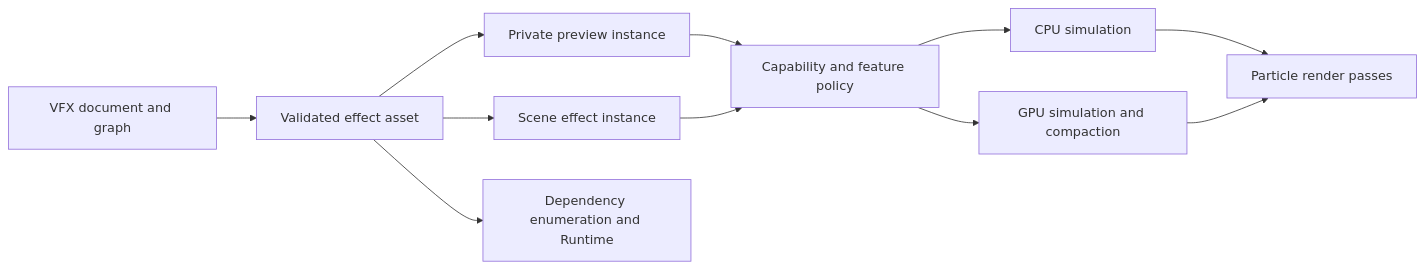
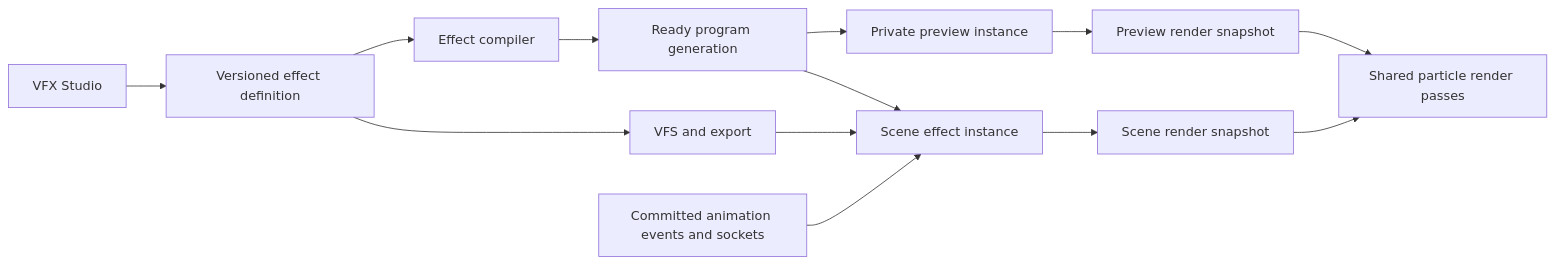
The diagram in docs/milestones/MILESTONE_18_VFX/ARCHITECTURE.md (nguyenphong0210/AxleEngine), drawn with Mermaid before and after one commit. The commit also changed other lines of this file and 1 other file, not shown here.

Commit message:
docs(m18): define production VFX architecture and acceptance

````diff
--- a/docs/milestones/MILESTONE_18_VFX/ARCHITECTURE.md
+++ b/docs/milestones/MILESTONE_18_VFX/ARCHITECTURE.md
@@ -7,13 +15,15 @@
 ```mermaid
 flowchart LR
-    Studio[VFX document and graph] --> Asset[Validated effect asset]
-    Asset --> Preview[Private preview instance]
-    Asset --> Scene[Scene effect instance]
-    Preview --> Select[Capability and feature policy]
-    Scene --> Select
-    Select --> CPU[CPU simulation]
-    Select --> GPU[GPU simulation and compaction]
-    CPU --> Draw[Particle render passes]
-    GPU --> Draw
-    Asset --> Export[Dependency enumeration and Runtime]
+    Studio[VFX Studio] --> Definition[Versioned effect definition]
+    Definition --> Compile[Effect compiler]
+    Definition --> Export[VFS and export]
+    Compile --> Program[Ready program generation]
+    Program --> Preview[Private preview instance]
+    Program --> Scene[Scene effect instance]
+    Export --> Scene
+    M17[Committed animation events and sockets] --> Scene
+    Preview --> PreviewDraw[Preview render snapshot]
+    Scene --> SceneDraw[Scene render snapshot]
+    PreviewDraw --> Render[Shared particle render passes]
+    SceneDraw --> Render
 ```
````
